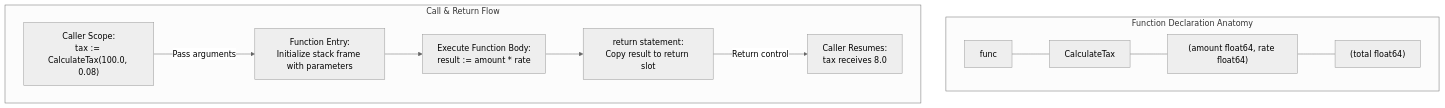
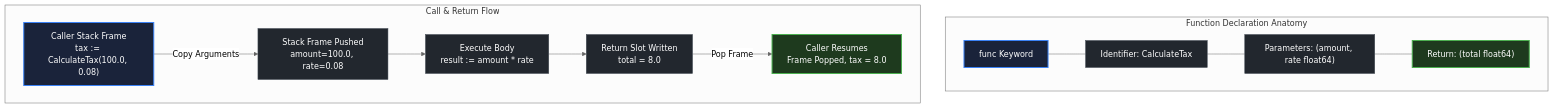
One commit to swe-labs/the-go-engineer changed the diagram in curriculum/modules/04-functions-errors-data-semantics/lessons/01-function-basics/README.md. Above: the diagram before and after it, drawn with Mermaid (neutral theme). The commit also changed other lines of this file and 32 other files, not shown here.

````diff
--- a/curriculum/modules/04-functions-errors-data-semantics/lessons/01-function-basics/README.md
+++ b/curriculum/modules/04-functions-errors-data-semantics/lessons/01-function-basics/README.md
@@ -19,20 +21,26 @@
 ```mermaid
 flowchart TD
+    classDef frontDoor fill:#1a233a,stroke:#3b82f6,stroke-width:2px,color:#ffffff;
+    classDef exitGate fill:#1e3a1e,stroke:#4caf50,stroke-width:2px,color:#ffffff;
+    classDef standardNode fill:#22272e,stroke:#444c56,stroke-width:1px,color:#ffffff;
+    classDef capstoneNode fill:#2d2215,stroke:#f59e0b,stroke-width:2px,color:#ffffff;
+
     subgraph FuncSignature["Function Declaration Anatomy"]
-        KW["func"] --- NAME["CalculateTax"]
-        NAME --- PARAMS["(amount float64, rate float64)"]
-        PARAMS --- RET["(total float64)"]
+        KW["func Keyword"]:::frontDoor --- NAME["Identifier: CalculateTax"]:::standardNode
+        NAME --- PARAMS["Parameters: (amount, rate float64)"]:::standardNode
+        PARAMS --- RET["Return: (total float64)"]:::exitGate
     end
 
     subgraph Execution["Call & Return Flow"]
-        CALLER["Caller Scope:
-tax := CalculateTax(100.0, 0.08)"] -->|Pass arguments| ENTRY["Function Entry:
-Initialize stack frame with parameters"]
-        ENTRY --> BODY["Execute Function Body:
-result := amount * rate"]
-        BODY --> RETURN["return statement:
-Copy result to return slot"]
-        RETURN -->|Return control| RESUME["Caller Resumes:
-tax receives 8.0"]
+        CALLER["Caller Stack Frame<br/>tax := CalculateTax(100.0, 0.08)"]:::frontDoor
+        ENTRY["Stack Frame Pushed<br/>amount=100.0, rate=0.08"]:::standardNode
+        BODY["Execute Body<br/>result := amount * rate"]:::standardNode
+        RETURN["Return Slot Written<br/>total = 8.0"]:::standardNode
+        RESUME["Caller Resumes<br/>Frame Popped, tax = 8.0"]:::exitGate
+
+        CALLER -->|Copy Arguments| ENTRY
+        ENTRY --> BODY
+        BODY --> RETURN
+        RETURN -->|Pop Frame| RESUME
     end
 ```
````
